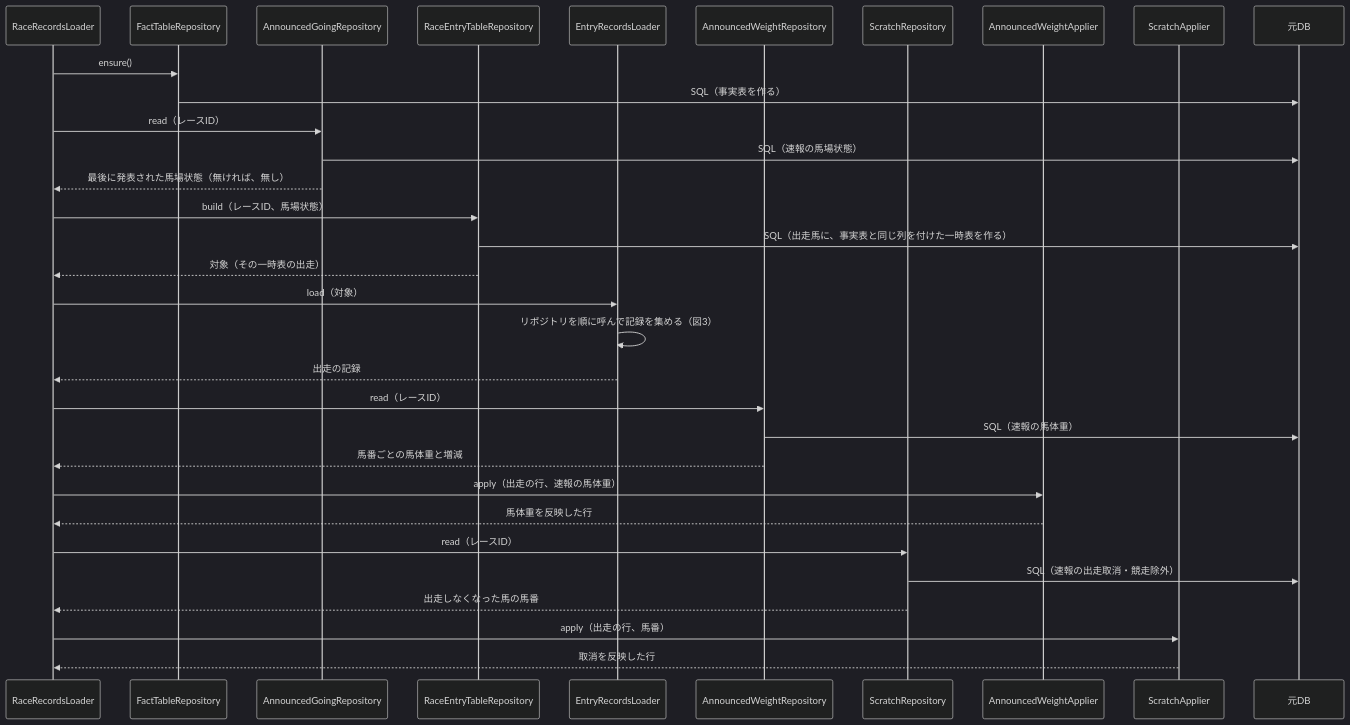
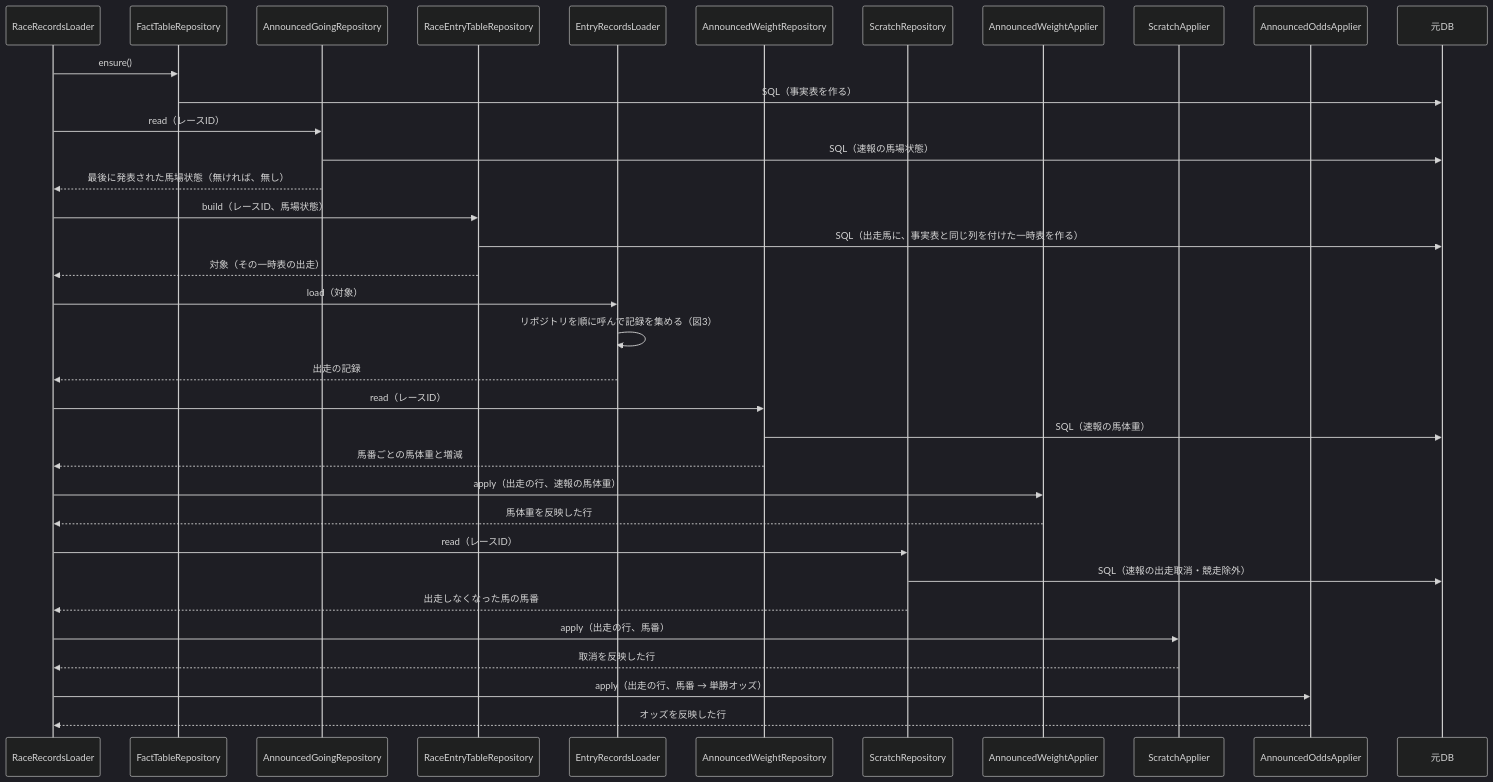
Before and after one commit to ht-0328/keiba-yosou: the fourth of 4 diagrams in docs/design/近走と適性から3着以内を予想/05-sequence.md, drawn with Mermaid (dark theme). The commit also changed other lines of this file and 30 other files, not shown here.

````diff
--- a/docs/design/近走と適性から3着以内を予想/05-sequence.md
+++ b/docs/design/近走と適性から3着以内を予想/05-sequence.md
@@ -178,34 +186,37 @@
 ```mermaid
 sequenceDiagram
     participant L as RaceRecordsLoader
     participant FT as FactTableRepository
     participant G as AnnouncedGoingRepository
     participant RT as RaceEntryTableRepository
     participant EL as EntryRecordsLoader
     participant WR as AnnouncedWeightRepository
     participant SR as ScratchRepository
     participant WA as AnnouncedWeightApplier
     participant SA as ScratchApplier
+    participant OA as AnnouncedOddsApplier
     participant DB as 元DB
     L->>FT: ensure()
     FT->>DB: SQL（事実表を作る）
     L->>G: read（レースID）
     G->>DB: SQL（速報の馬場状態）
     G-->>L: 最後に発表された馬場状態（無ければ、無し）
     L->>RT: build（レースID、馬場状態）
     RT->>DB: SQL（出走馬に、事実表と同じ列を付けた一時表を作る）
     RT-->>L: 対象（その一時表の出走）
     L->>EL: load（対象）
     EL->>EL: リポジトリを順に呼んで記録を集める（図3）
     EL-->>L: 出走の記録
     L->>WR: read（レースID）
     WR->>DB: SQL（速報の馬体重）
     WR-->>L: 馬番ごとの馬体重と増減
     L->>WA: apply（出走の行、速報の馬体重）
     WA-->>L: 馬体重を反映した行
     L->>SR: read（レースID）
     SR->>DB: SQL（速報の出走取消・競走除外）
     SR-->>L: 出走しなくなった馬の馬番
     L->>SA: apply（出走の行、馬番）
     SA-->>L: 取消を反映した行
+    L->>OA: apply（出走の行、馬番 → 単勝オッズ）
+    OA-->>L: オッズを反映した行
 ```
````
